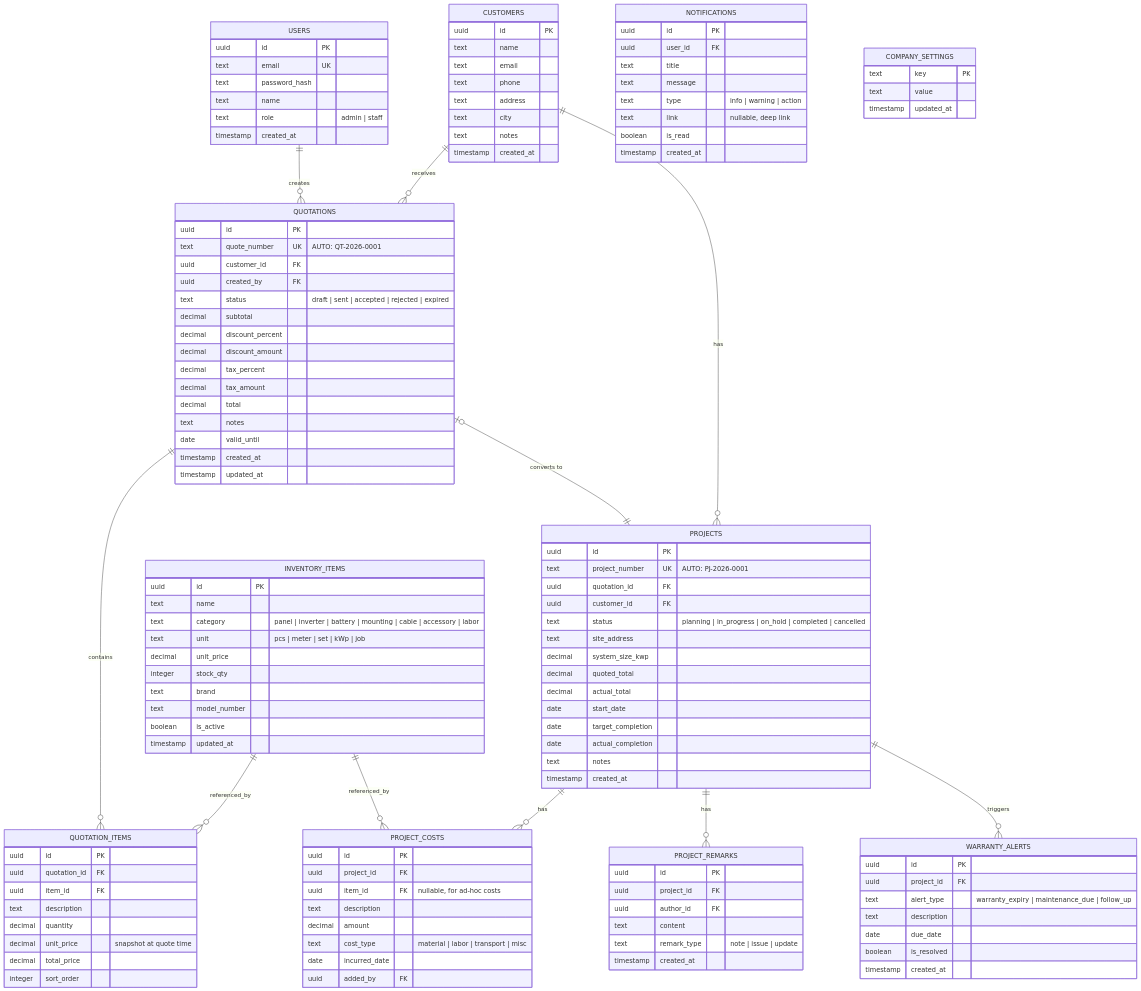
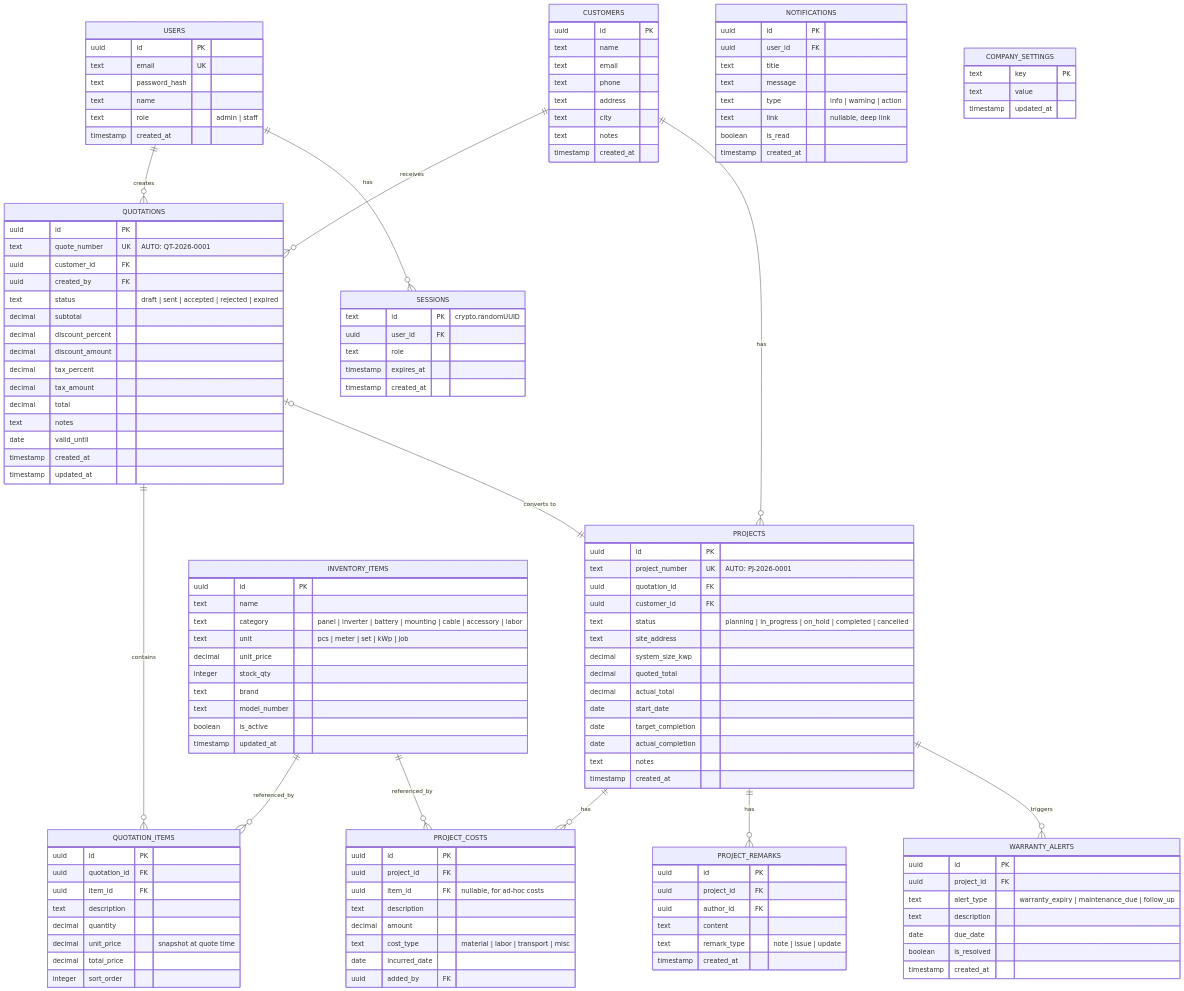
The second of 4 diagrams in docs/00_implementation_plan.md (minlulin/bobsolar), drawn with Mermaid before and after one commit. The commit also changed other lines of this file and 8 other files, not shown here.

```diff
--- a/docs/00_implementation_plan.md
+++ b/docs/00_implementation_plan.md
@@ -181,6 +180,7 @@
     PROJECTS ||--o{ WARRANTY_ALERTS : triggers
     INVENTORY_ITEMS ||--o{ QUOTATION_ITEMS : referenced_by
     INVENTORY_ITEMS ||--o{ PROJECT_COSTS : referenced_by
+    USERS ||--o{ SESSIONS : has
 
     USERS {
         uuid id PK
@@ -188,6 +188,14 @@
         text password_hash
         text name
         text role "admin | staff"
+        timestamp created_at
+    }
+
+    SESSIONS {
+        text id PK "crypto.randomUUID"
+        uuid user_id FK
+        text role
+        timestamp expires_at
         timestamp created_at
     }
 
```
